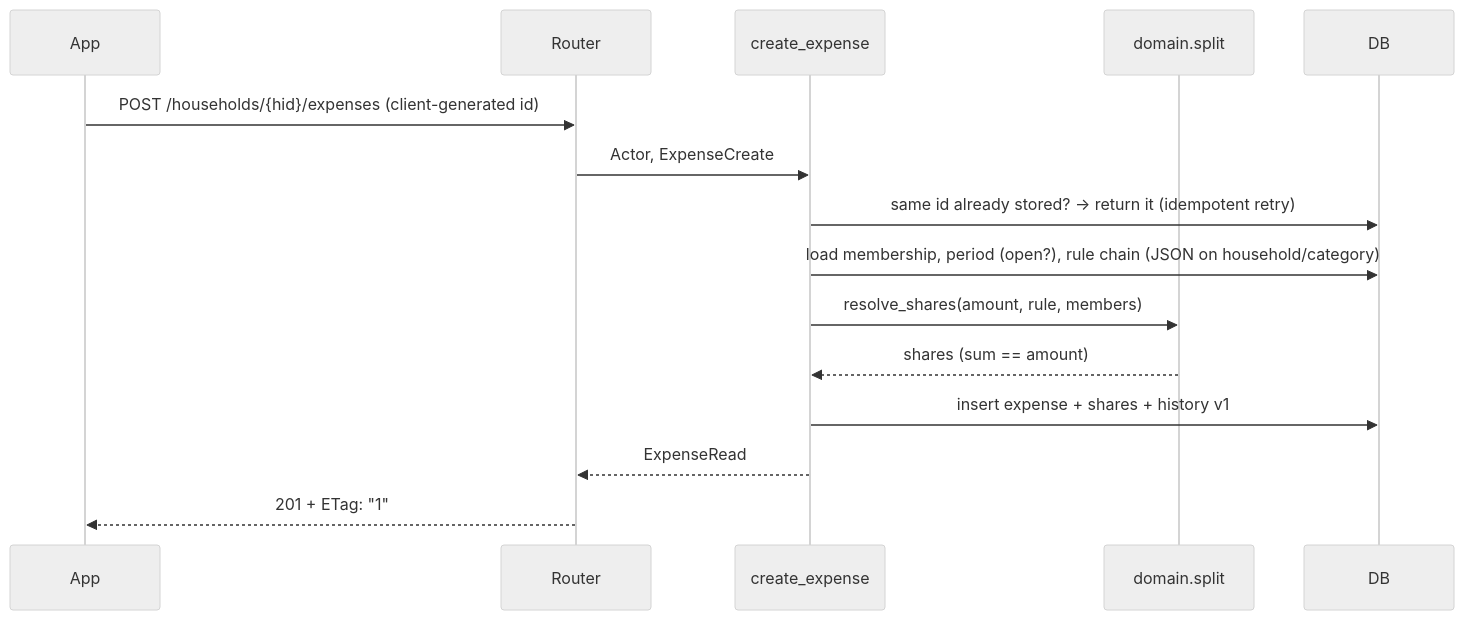
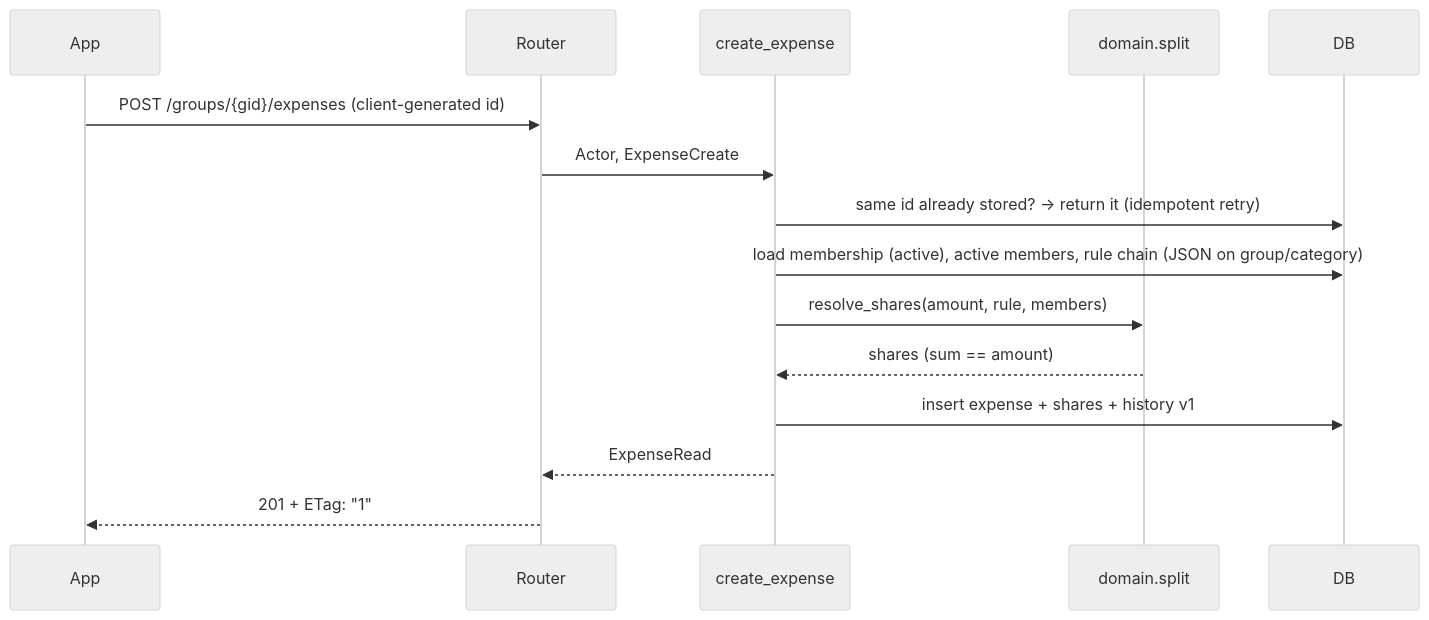
The third of 4 diagrams in docs/01-architecture.md (Frankovg/split-ranch), drawn with Mermaid (neutral theme) before and after one commit. The commit also changed other lines of this file and 104 other files, not shown here.

````diff
--- a/docs/01-architecture.md
+++ b/docs/01-architecture.md
@@ -96,17 +96,17 @@
 ```mermaid
 sequenceDiagram
   participant A as App
   participant R as Router
   participant U as create_expense
   participant D as domain.split
   participant DB
-  A->>R: POST /households/{hid}/expenses (client-generated id)
+  A->>R: POST /groups/{gid}/expenses (client-generated id)
   R->>U: Actor, ExpenseCreate
   U->>DB: same id already stored? → return it (idempotent retry)
-  U->>DB: load membership, period (open?), rule chain (JSON on household/category)
+  U->>DB: load membership (active), active members, rule chain (JSON on group/category)
   U->>D: resolve_shares(amount, rule, members)
   D-->>U: shares (sum == amount)
   U->>DB: insert expense + shares + history v1
   U-->>R: ExpenseRead
   R-->>A: 201 + ETag: "1"
 ```
````
